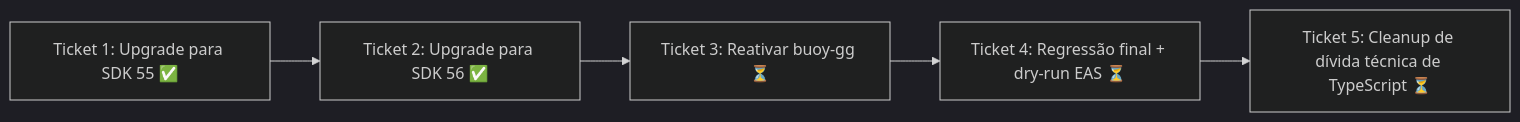
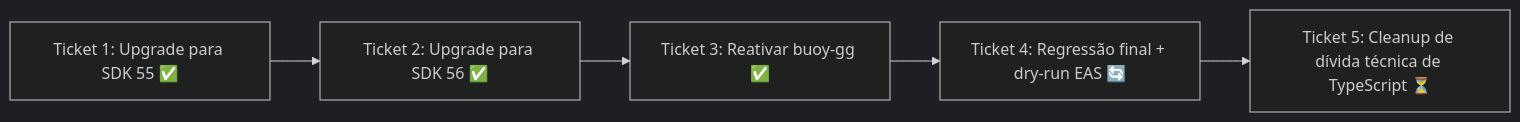
One commit to oikos-circular-environment/mobile changed the diagram in plans/epic-1-sdk-upgrade/tickets.md. Above: the diagram before and after it, drawn with Mermaid (dark theme). The commit also changed other lines of this file, not shown here.

Commit message:
docs: fecha Ticket 3 - buoy-gg validado pelo usuario

````diff
--- a/plans/epic-1-sdk-upgrade/tickets.md
+++ b/plans/epic-1-sdk-upgrade/tickets.md
@@ -3,7 +3,7 @@
 ```mermaid
 graph LR
     T1[Ticket 1: Upgrade para SDK 55 ✅] --> T2[Ticket 2: Upgrade para SDK 56 ✅]
-    T2 --> T3[Ticket 3: Reativar buoy-gg ⏳]
-    T3 --> T4[Ticket 4: Regressão final + dry-run EAS ⏳]
+    T2 --> T3[Ticket 3: Reativar buoy-gg ✅]
+    T3 --> T4[Ticket 4: Regressão final + dry-run EAS 🔄]
     T4 --> T5[Ticket 5: Cleanup de dívida técnica de TypeScript ⏳]
 ```
````
